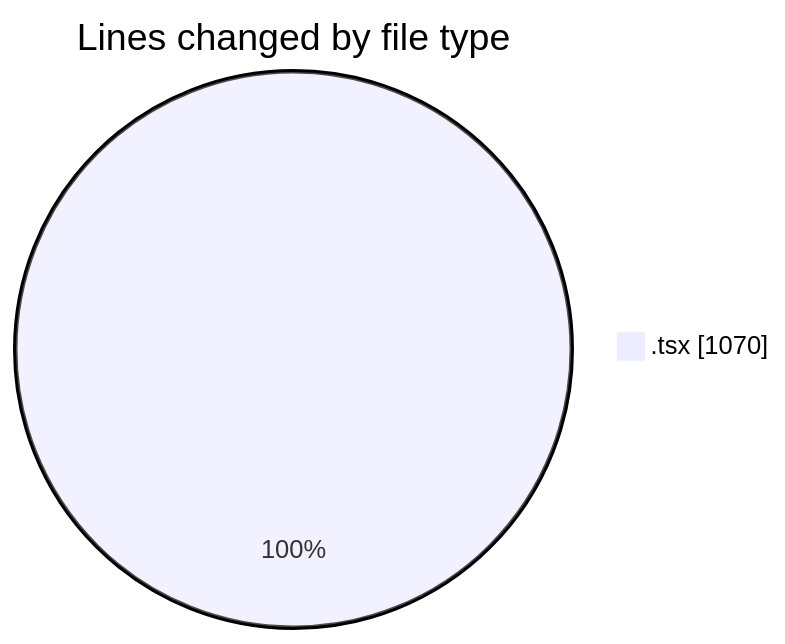
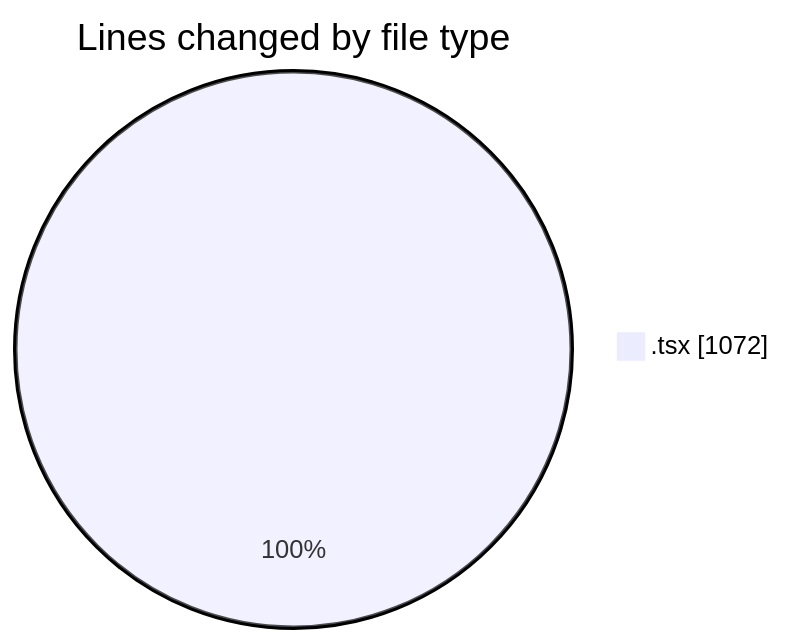
One commit to nxtqubesakshisongat/code-tracking changed the first of 2 diagrams in 2026-06-12/nxtqube_webapp/README.md. Above: the diagram before and after it, drawn with Mermaid. The commit also changed other lines of this file and 1 other file, not shown here.

````diff
--- a/2026-06-12/nxtqube_webapp/README.md
+++ b/2026-06-12/nxtqube_webapp/README.md
@@ -22,5 +22,5 @@
 ```mermaid
 pie showData
 title Lines changed by file type
-".tsx" : 1070
+".tsx" : 1072
 ```
````
